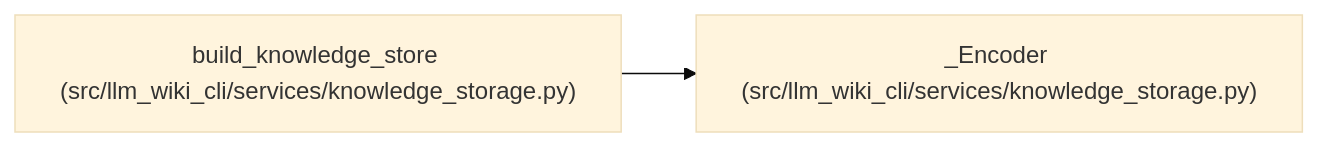
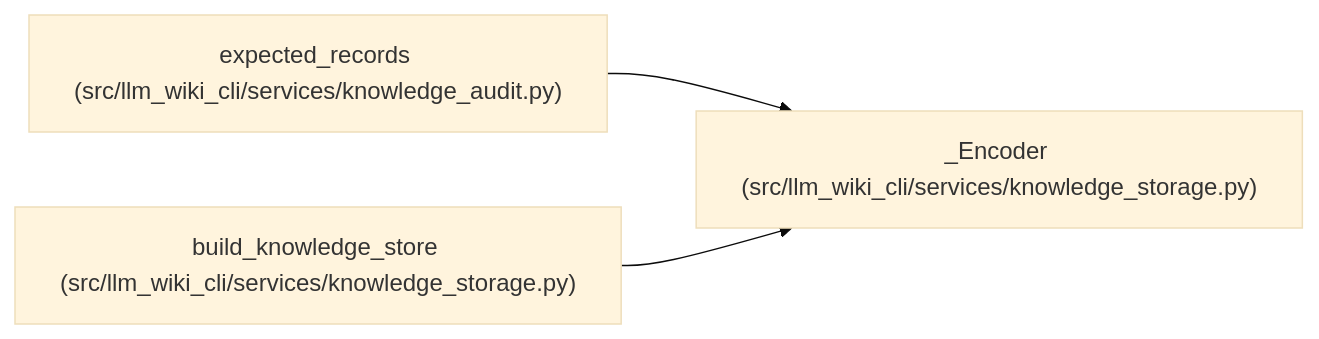
The diagram in docs/llm_wiki/entities/Encoder.md (Denissvgn/python-wiki-llm), drawn with Mermaid (base theme) before and after one commit. The commit also changed other lines of this file and 476 other files, not shown here.

Commit message:
Refresh the reference wiki with bounded manifest storage

````diff
--- a/docs/llm_wiki/entities/Encoder.md
+++ b/docs/llm_wiki/entities/Encoder.md
@@ -26,8 +26,11 @@
 ```mermaid
 flowchart LR
     n0["_Encoder (src/llm_wiki_cli/services/knowledge_storage.py)"]
-    n1["build_knowledge_store (src/llm_wiki_cli/services/knowledge_storage.py)"]
+    n1["expected_records (src/llm_wiki_cli/services/knowledge_audit.py)"]
+    n2["build_knowledge_store (src/llm_wiki_cli/services/knowledge_storage.py)"]
     n1 --> n0
+    n2 --> n0
     click n0 "../modules/knowledge_storage.md"
-    click n1 "../modules/knowledge_storage.md"
+    click n1 "../modules/knowledge_audit.md"
+    click n2 "../modules/knowledge_storage.md"
 ```
````
